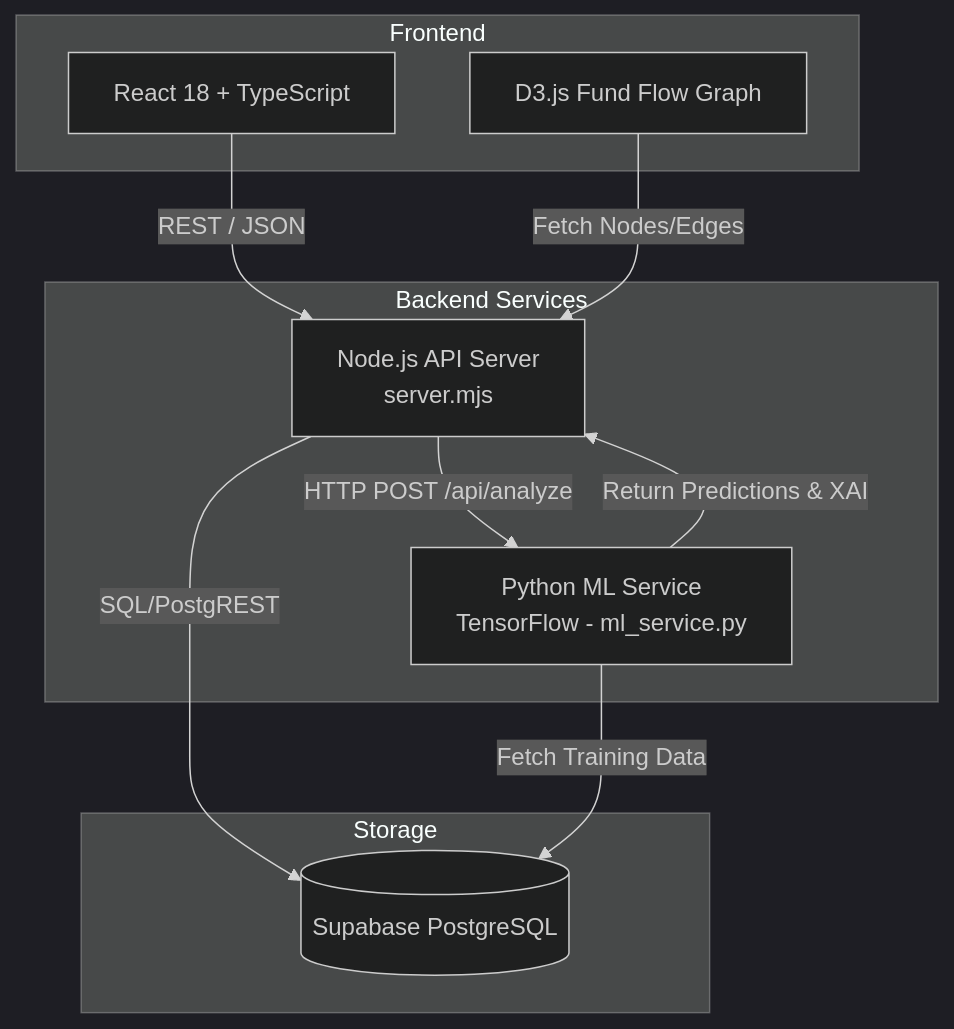
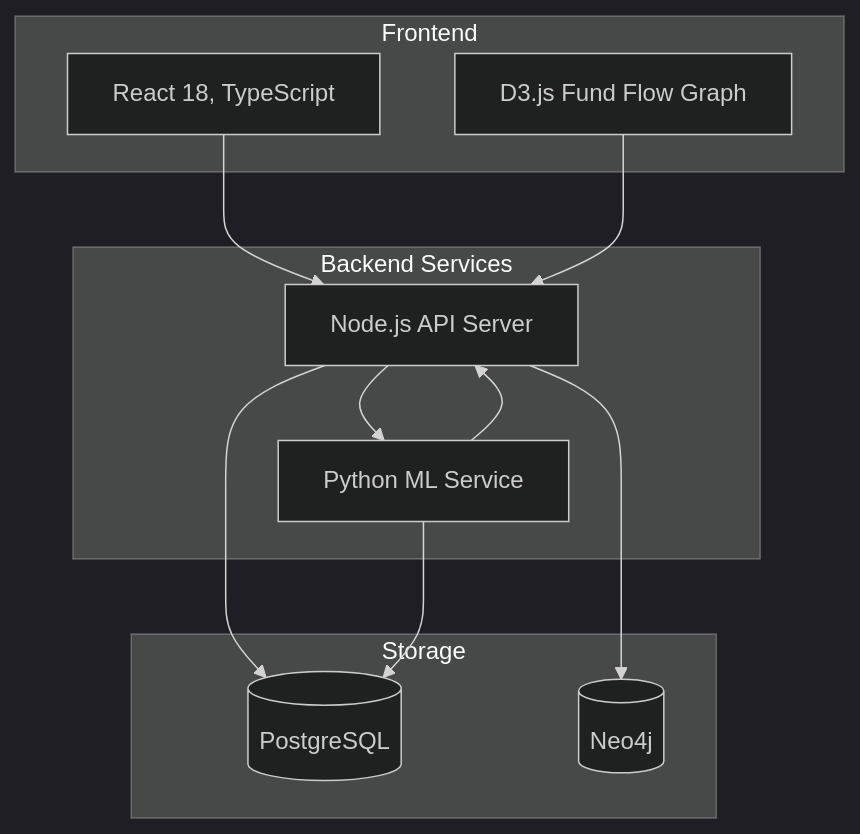
Before and after one commit to SagarAgarwal2/gs: the diagram in README.md, drawn with Mermaid (dark theme). The commit also changed other lines of this file and 9 other files, not shown here.

````diff
--- a/README.md
+++ b/README.md
@@ -23,23 +13,25 @@
 ```mermaid
 graph TD
     subgraph Frontend
-        UI[React 18 + TypeScript]
+        UI[React 18, TypeScript]
         GraphVis[D3.js Fund Flow Graph]
     end
 
     subgraph Backend Services
-        API[Node.js API Server<br/>server.mjs]
-        ML[Python ML Service<br/>TensorFlow - ml_service.py]
+        API[Node.js API Server]
+        ML[Python ML Service]
     end
 
     subgraph Storage
-        DB[(Supabase PostgreSQL)]
+        DB[(PostgreSQL)]
+        GraphDB[(Neo4j)]
     end
 
-    UI -->|REST / JSON| API
-    GraphVis -->|Fetch Nodes/Edges| API
-    API -->|SQL/PostgREST| DB
-    API -->|HTTP POST /api/analyze| ML
-    ML -->|Fetch Training Data| DB
-    ML -->|Return Predictions & XAI| API
+    UI --> API
+    GraphVis --> API
+    API --> DB
+    API --> GraphDB
+    API --> ML
+    ML --> DB
+    ML --> API
 ```
````
